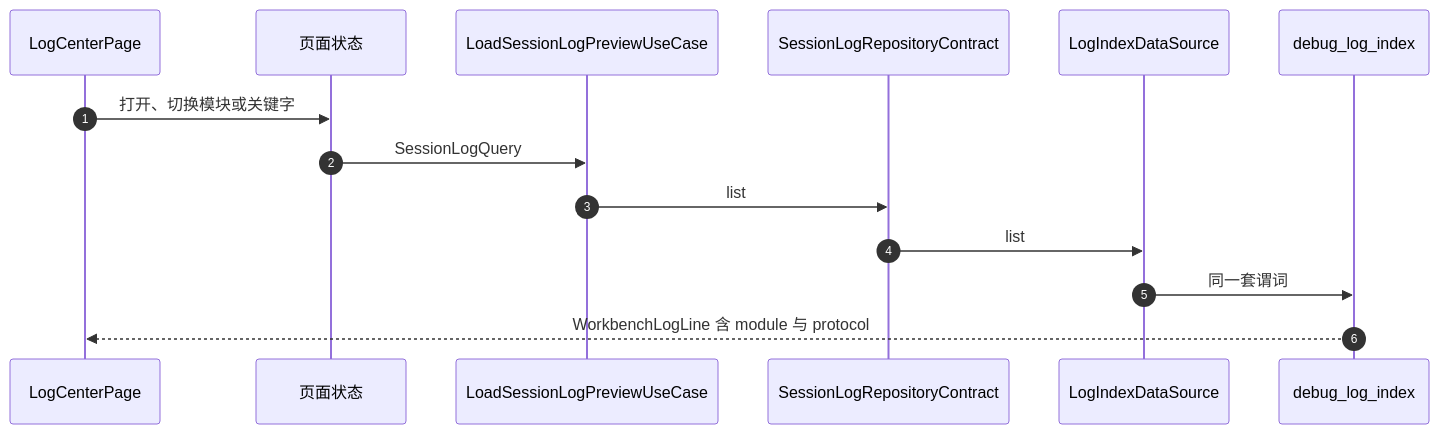
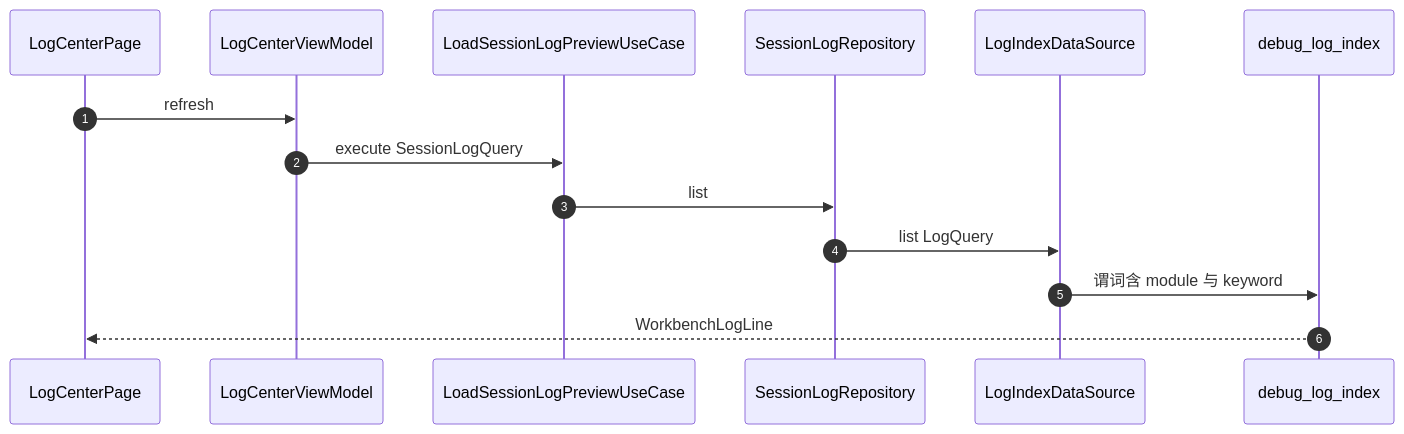
The second of 3 diagrams in docs/goal/architecture/app/APP-005.md (yohurm/HarmonyOS-YoWireTools), drawn with Mermaid before and after one commit. The commit also changed other lines of this file and 91 other files, not shown here.

````diff
--- a/docs/goal/architecture/app/APP-005.md
+++ b/docs/goal/architecture/app/APP-005.md
@@ -103,16 +83,16 @@
 ```mermaid
 sequenceDiagram
   autonumber
   participant Page as LogCenterPage
-  participant Vm as 页面状态
+  participant Vm as LogCenterViewModel
   participant Uc as LoadSessionLogPreviewUseCase
-  participant Contract as SessionLogRepositoryContract
+  participant Repo as SessionLogRepository
   participant Ds as LogIndexDataSource
   participant Table as debug_log_index
-  Page->>Vm: 打开、切换模块或关键字
-  Vm->>Uc: SessionLogQuery
-  Uc->>Contract: list
-  Contract->>Ds: list
-  Ds->>Table: 同一套谓词
-  Table-->>Page: WorkbenchLogLine 含 module 与 protocol
+  Page->>Vm: refresh
+  Vm->>Uc: execute SessionLogQuery
+  Uc->>Repo: list
+  Repo->>Ds: list LogQuery
+  Ds->>Table: 谓词含 module 与 keyword
+  Table-->>Page: WorkbenchLogLine
 ```
````
